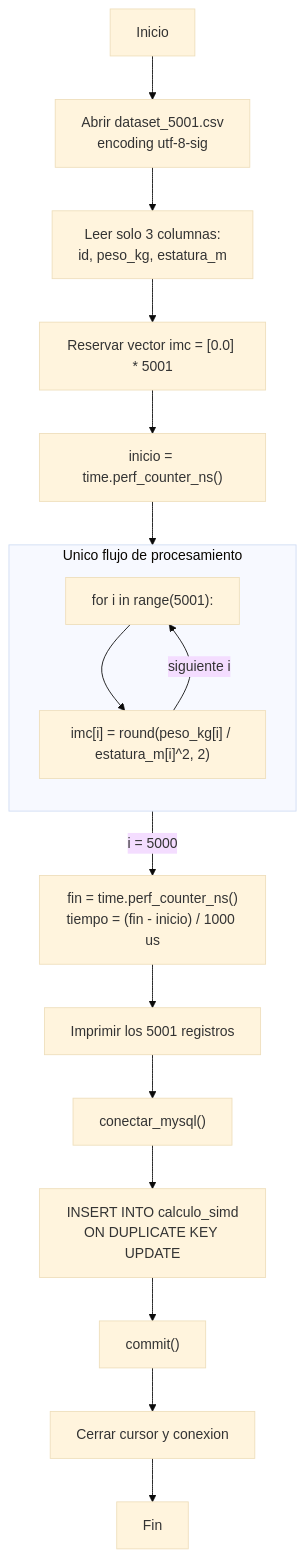
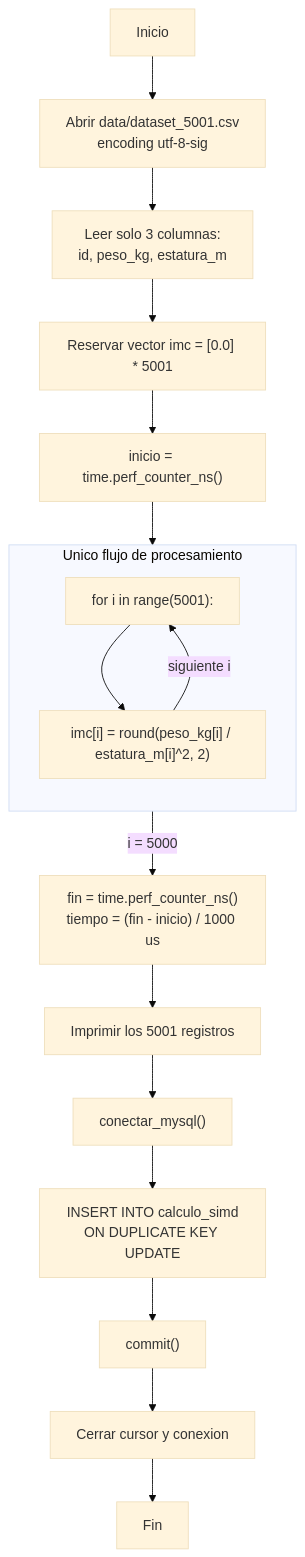
The second of 7 diagrams in diagramas/README.md (DTiupul/Proyecto_Computacion_Paralela), drawn with Mermaid (base theme) before and after one commit. The commit also changed other lines of this file and 22 other files, not shown here.

````diff
--- a/diagramas/README.md
+++ b/diagramas/README.md
@@ -81,24 +81,24 @@
 ```mermaid
 flowchart TB
-    A["Inicio"] --> B["Abrir dataset_5001.csv<br/>encoding utf-8-sig"]
+    A["Inicio"] --> B["Abrir data/dataset_5001.csv<br/>encoding utf-8-sig"]
     B --> C["Leer solo 3 columnas:<br/>id, peso_kg, estatura_m"]
     C --> D["Reservar vector imc = [0.0] * 5001"]
     D --> E["inicio = time.perf_counter_ns()"]
 
     subgraph CALC["Unico flujo de procesamiento"]
         direction TB
         F["for i in range(5001):"]
         G["imc[i] = round(peso_kg[i] / estatura_m[i]^2, 2)"]
         F --> G
         G -->|"siguiente i"| F
     end
 
     E --> F
     F -->|"i = 5000"| H["fin = time.perf_counter_ns()<br/>tiempo = (fin - inicio) / 1000 us"]
     H --> I["Imprimir los 5001 registros"]
     I --> J["conectar_mysql()"]
     J --> K["INSERT INTO calculo_simd<br/>ON DUPLICATE KEY UPDATE"]
     K --> L["commit()"]
     L --> M["Cerrar cursor y conexion"]
     M --> N["Fin"]
 ```
````
